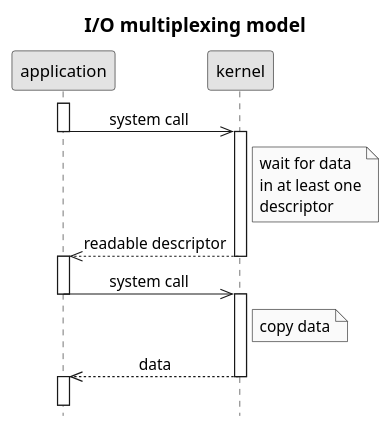
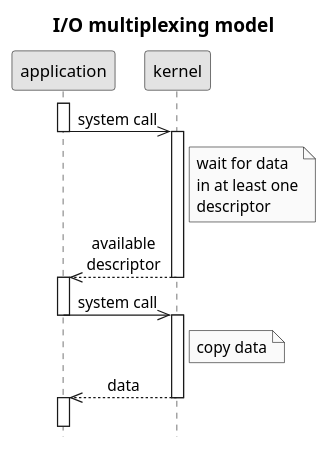
Before and after one commit to c0p4c4b4n4/demo-sockets-io-nio-nio2: the diagram in .images/IO multiplexing model.puml, drawn with PlantUML. The commit also changed 1 other file, not shown here.

```diff
--- a/.images/IO multiplexing model.puml
+++ b/.images/IO multiplexing model.puml
@@ -1,23 +1,23 @@
 @startuml
 title I/O multiplexing model
 hide footbox
 skinparam monochrome true
 skinparam titleFontSize 16
 skinparam sequenceMessageAlign center
 activate application
 application->>kernel: system call
 deactivate application
 activate kernel
 Note right of kernel: wait for data\nin at least one\ndescriptor
-kernel-->>application: readable descriptor
+kernel-->>application: available\ndescriptor
 deactivate kernel
 activate application
 application->>kernel: system call
 deactivate application
 activate kernel
 Note right of kernel: copy data
 kernel-->>application: data
 deactivate kernel
 activate application
 ||15||
 @enduml
```
